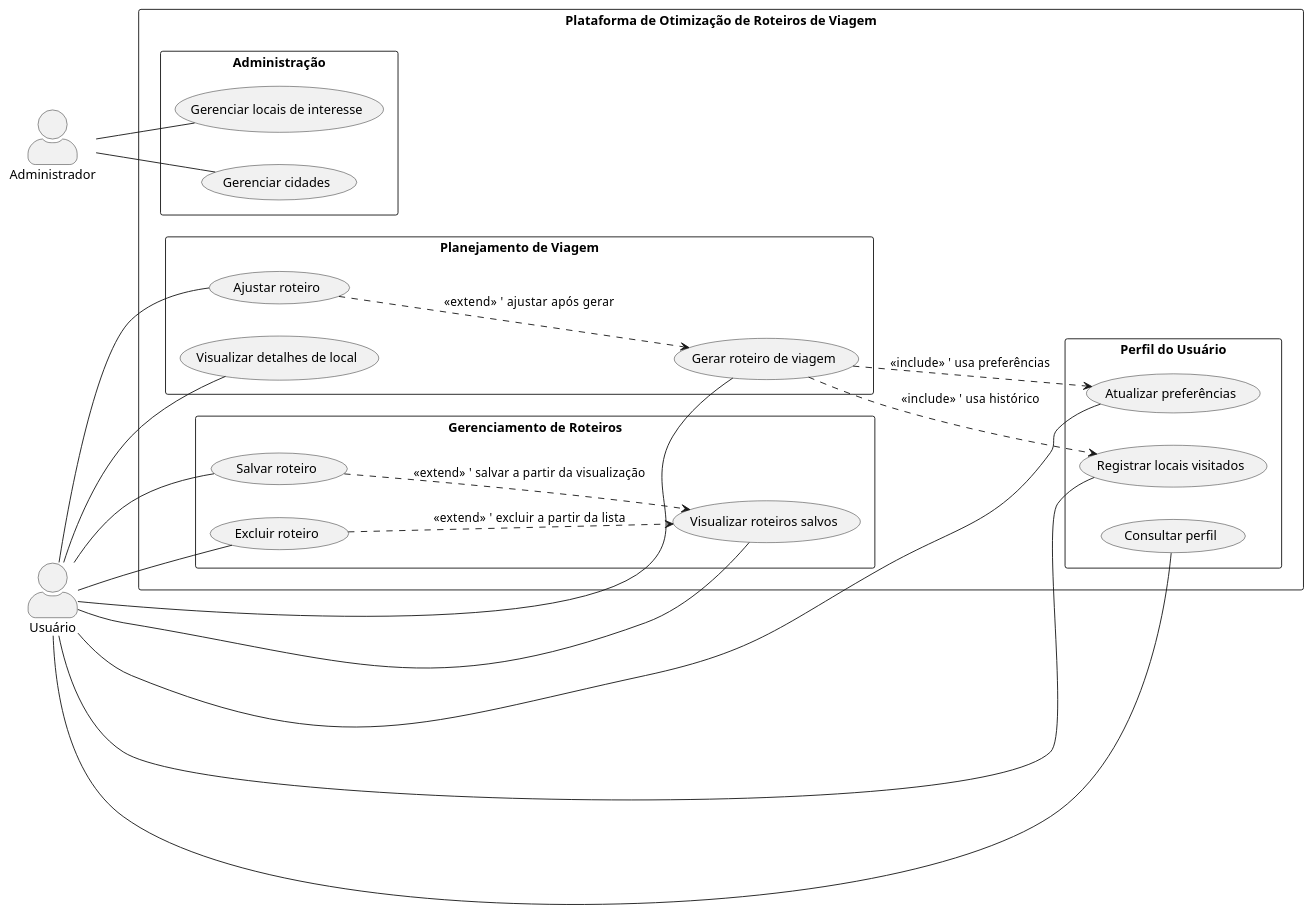
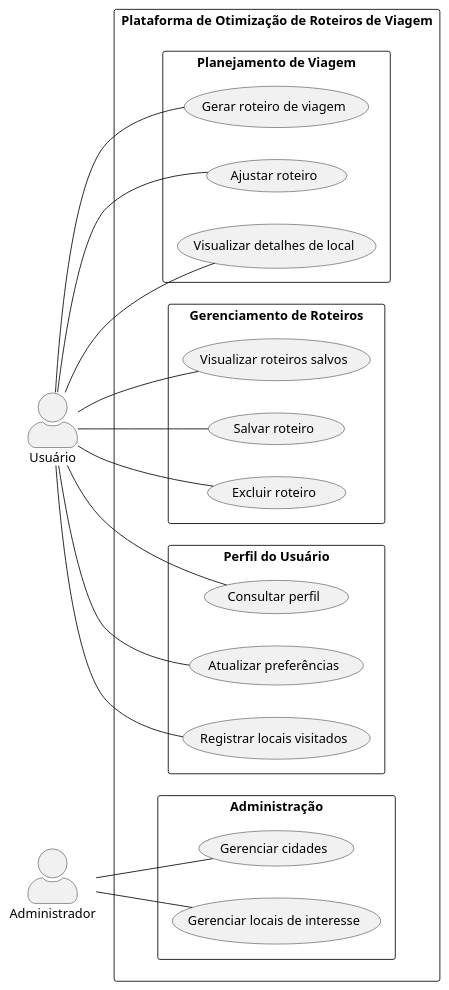
The diagram in Projeto/Documentação/02 - Casos de Uso/Casos de Uso.md (Engomadinhos-de-Salmourao/Grafos), drawn with PlantUML before and after one commit. The commit also changed other lines of this file, not shown here.

Commit message:
Update Casos de Uso.md

````diff
--- a/Projeto/Documentação/02 - Casos de Uso/Casos de Uso.md
+++ b/Projeto/Documentação/02 - Casos de Uso/Casos de Uso.md
@@ -1,59 +7,55 @@
+```plantuml
 @startuml
 left to right direction
 skinparam packageStyle rectangle
 skinparam shadowing false
 skinparam actorStyle awesome
 
 actor "Usuário" as Usuario
 actor "Administrador" as Admin
 
 rectangle "Plataforma de Otimização de Roteiros de Viagem" {
 
   package "Planejamento de Viagem" {
     usecase "Gerar roteiro de viagem" as UC1
     usecase "Ajustar roteiro" as UC2
     usecase "Visualizar detalhes de local" as UC3
   }
 
   package "Gerenciamento de Roteiros" {
     usecase "Visualizar roteiros salvos" as UC4
     usecase "Salvar roteiro" as UC5
     usecase "Excluir roteiro" as UC6
   }
 
   package "Perfil do Usuário" {
     usecase "Consultar perfil" as UC7
     usecase "Atualizar preferências" as UC8
     usecase "Registrar locais visitados" as UC9
   }
 
   package "Administração" {
     usecase "Gerenciar cidades" as UC10
     usecase "Gerenciar locais de interesse" as UC11
   }
 }
 
 ' --- Associações Usuário ---
 Usuario -- UC1
 Usuario -- UC2
 Usuario -- UC3
 Usuario -- UC4
 Usuario -- UC5
 Usuario -- UC6
 Usuario -- UC7
 Usuario -- UC8
 Usuario -- UC9
 
 ' --- Associações Admin ---
 Admin -- UC10
 Admin -- UC11
 
-' --- Relacionamentos ---
-UC1 ..> UC8 : <<include>>   ' usa preferências
-UC1 ..> UC9 : <<include>>   ' usa histórico
 
-UC2 ..> UC1 : <<extend>>    ' ajustar após gerar
-UC5 ..> UC4 : <<extend>>    ' salvar a partir da visualização
-UC6 ..> UC4 : <<extend>>    ' excluir a partir da lista
 
 @enduml
+```
````
